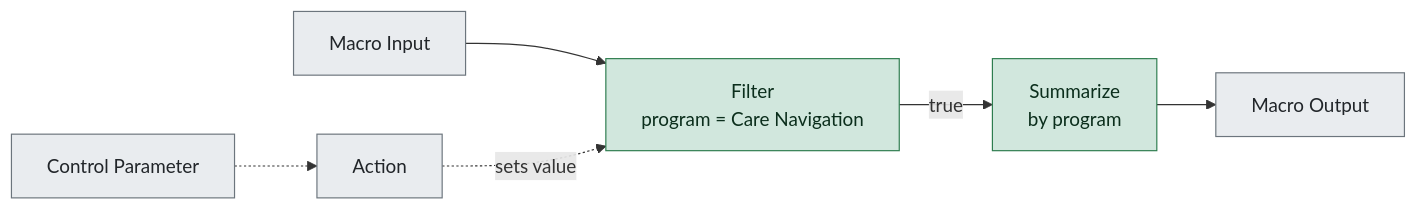
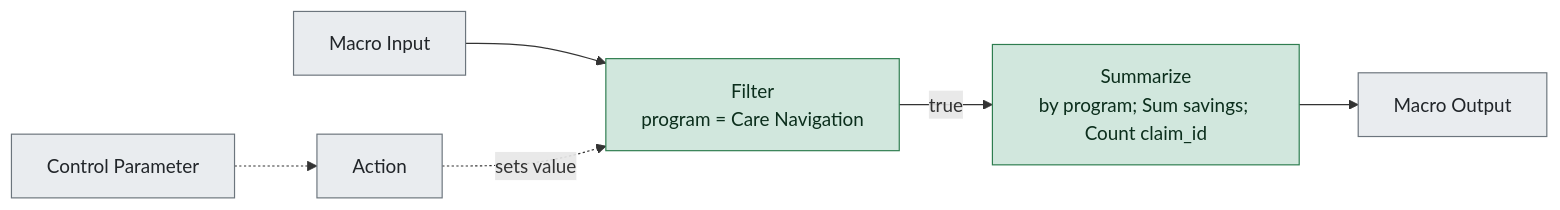
The diagram in outputs/lineage/wf4_program_summary.md (FaizaLag/alteryx-migration-analyzer), drawn with Mermaid before and after one commit. The commit also changed 8 other files, not shown here.

````diff
--- a/outputs/lineage/wf4_program_summary.md
+++ b/outputs/lineage/wf4_program_summary.md
@@ -5,20 +5,20 @@
 ```mermaid
 flowchart LR
     t3["Filter<br/>program = Care Navigation"]
-    t6["Summarize<br/>by program"]
+    t6["Summarize<br/>by program; Sum savings; Count claim_id"]
     t2["Macro Input"]
     t4["Control Parameter"]
     t5["Action"]
     t7["Macro Output"]
     t3 -->|true| t6
     t6 --> t7
     t2 --> t3
     t5 -.->|sets value| t3
     t4 -.-> t5
     classDef high fill:#f8d7da,stroke:#b02a37,color:#3d0a10
     classDef medium fill:#fff3cd,stroke:#b8860b,color:#3d2e00
     classDef low fill:#d1e7dd,stroke:#2e7d4f,color:#0b2e1c
     class t3,t6 low
     classDef none fill:#e9ecef,stroke:#6c757d,color:#212529
     class t2,t4,t5,t7 none
 ```
````
